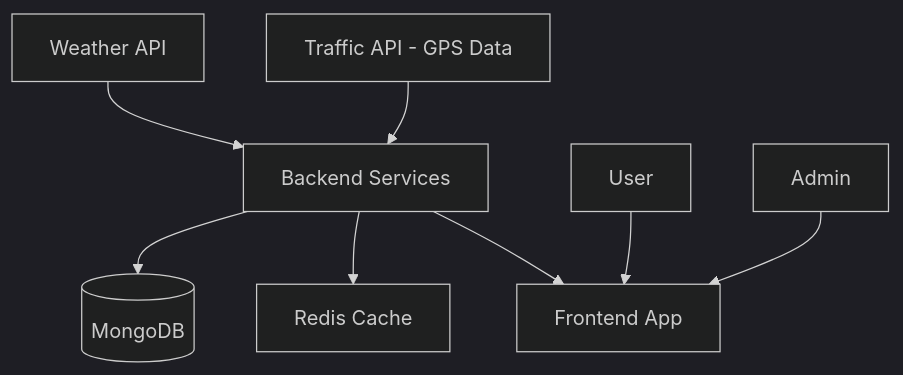
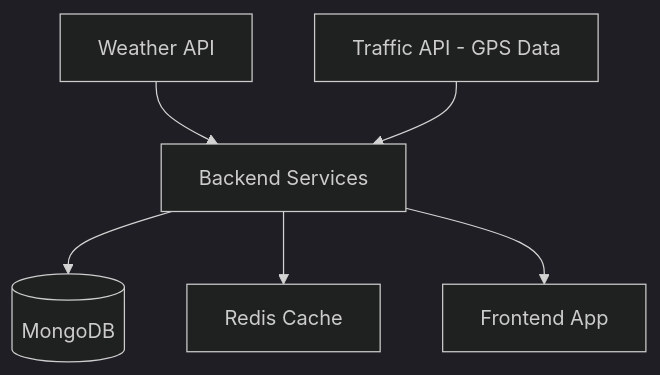
Before and after one commit to tonidevvn/bus-radar: the diagram in README.md, drawn with Mermaid (dark theme).

````diff
--- a/README.md
+++ b/README.md
@@ -42,10 +42,8 @@
 ```mermaid
 graph TB
     Weather[Weather API] --> BE[Backend Services]
     Traffic[Traffic API - GPS Data] --> BE[Backend Services]
     BE[Backend Services] --> DB[(MongoDB)]
     BE[Backend Services] --> Cache[Redis Cache]
     BE[Backend Services] --> FE[Frontend App]
-    User[User] --> FE
-    Admin[Admin] --> FE
 ```
````
